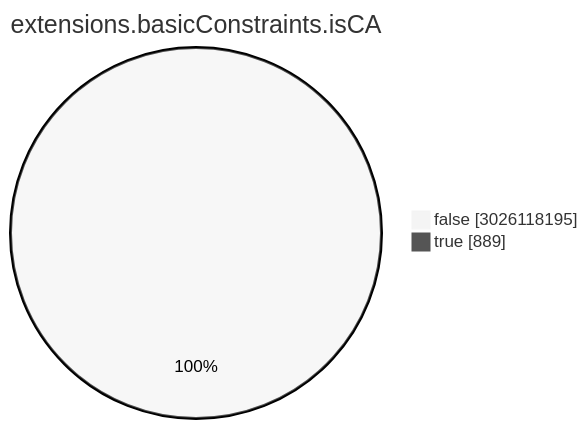
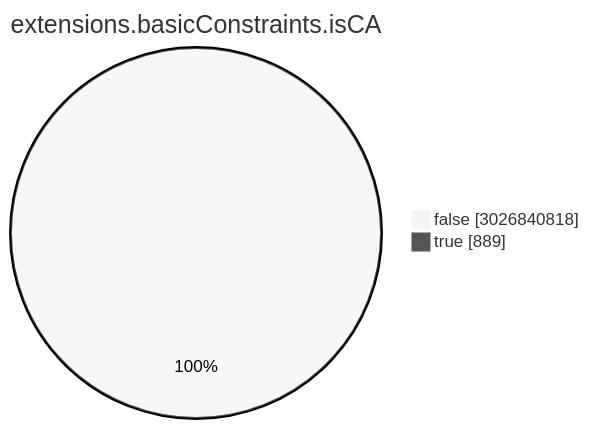
One commit to christiankrug/ctmonitor_visualization changed the seventh of 15 diagrams in TOTAL/README.md. Above: the diagram before and after it, drawn with Mermaid (neutral theme). The commit also changed other lines of this file, not shown here.

````diff
--- a/TOTAL/README.md
+++ b/TOTAL/README.md
@@ -3087,6 +3087,6 @@
 ```mermaid
 pie showData
 title extensions.basicConstraints.isCA
-"false" :3026118195
+"false" :3026840818
 "true" :889
 ```
````
